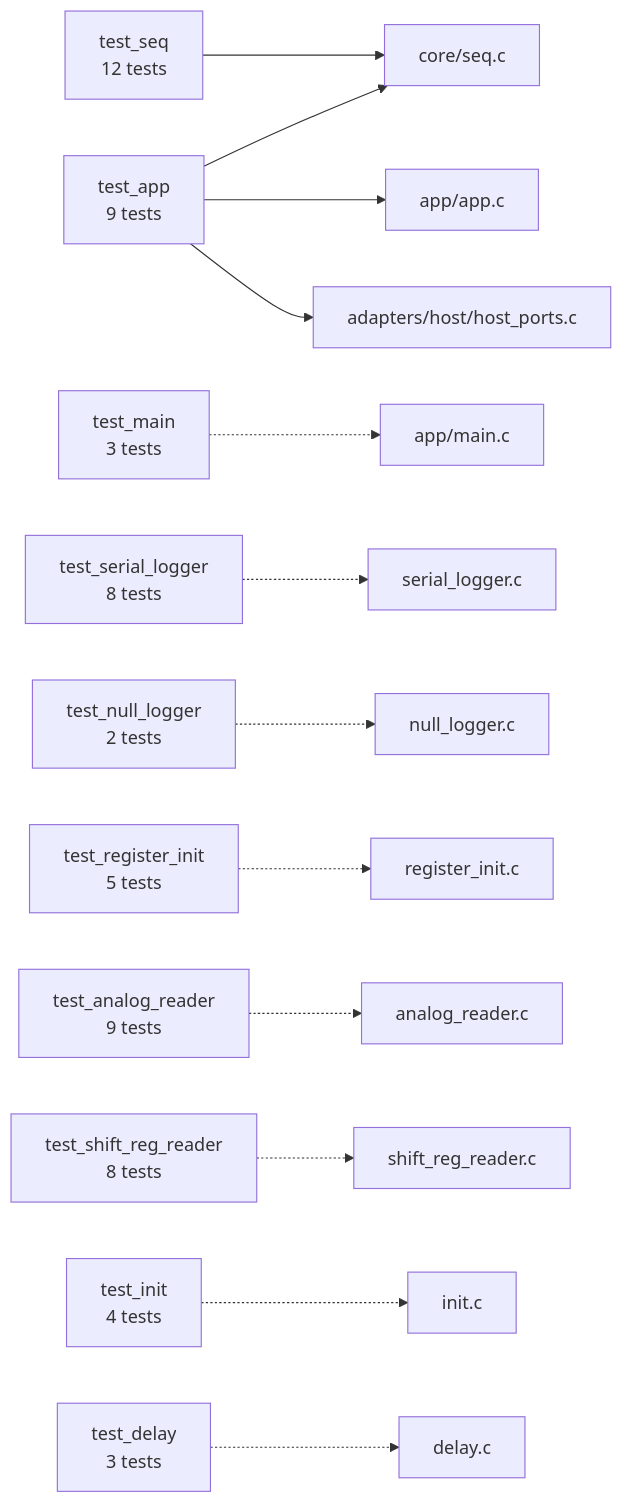
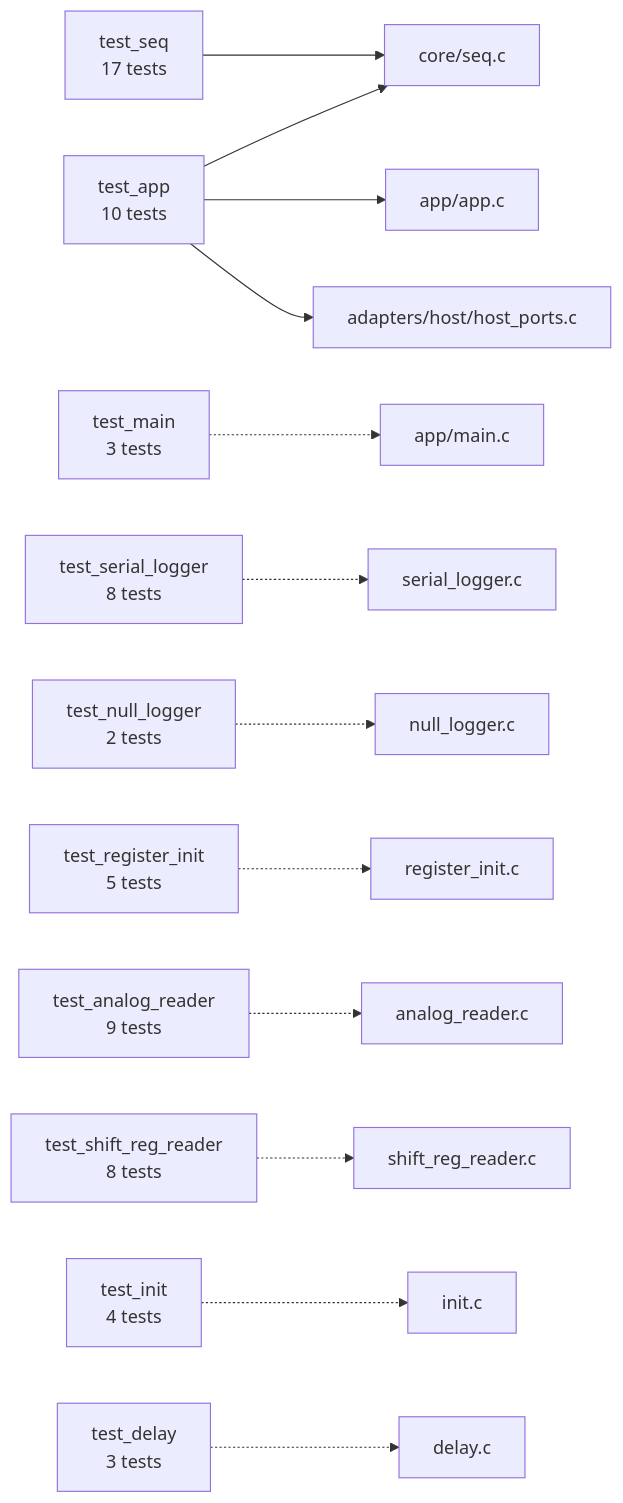
Diagram 14 of 18 in docs/ARCHITECTURE.md (BonelessPig/nano_sequencer), drawn with Mermaid before and after one commit. The commit also changed other lines of this file and 8 other files, not shown here.

````diff
--- a/docs/ARCHITECTURE.md
+++ b/docs/ARCHITECTURE.md
@@ -389,15 +410,15 @@
 ```mermaid
 flowchart LR
-    t_seq["test_seq<br/>12 tests"] --> seq["core/seq.c"]
-    t_app["test_app<br/>9 tests"] --> app["app/app.c"]
+    t_seq["test_seq<br/>17 tests"] --> seq["core/seq.c"]
+    t_app["test_app<br/>10 tests"] --> app["app/app.c"]
     t_app --> seq
     t_app --> hostp["adapters/host/host_ports.c"]
     t_main["test_main<br/>3 tests"] -.-> mainc["app/main.c"]
     t_ser["test_serial_logger<br/>8 tests"] -.-> ser["serial_logger.c"]
     t_null["test_null_logger<br/>2 tests"] -.-> nul["null_logger.c"]
     t_reg["test_register_init<br/>5 tests"] -.-> reg["register_init.c"]
     t_adc["test_analog_reader<br/>9 tests"] -.-> adc["analog_reader.c"]
     t_shift["test_shift_reg_reader<br/>8 tests"] -.-> shift["shift_reg_reader.c"]
     t_init["test_init<br/>4 tests"] -.-> init["init.c"]
     t_delay["test_delay<br/>3 tests"] -.-> delay["delay.c"]
 ```
````
